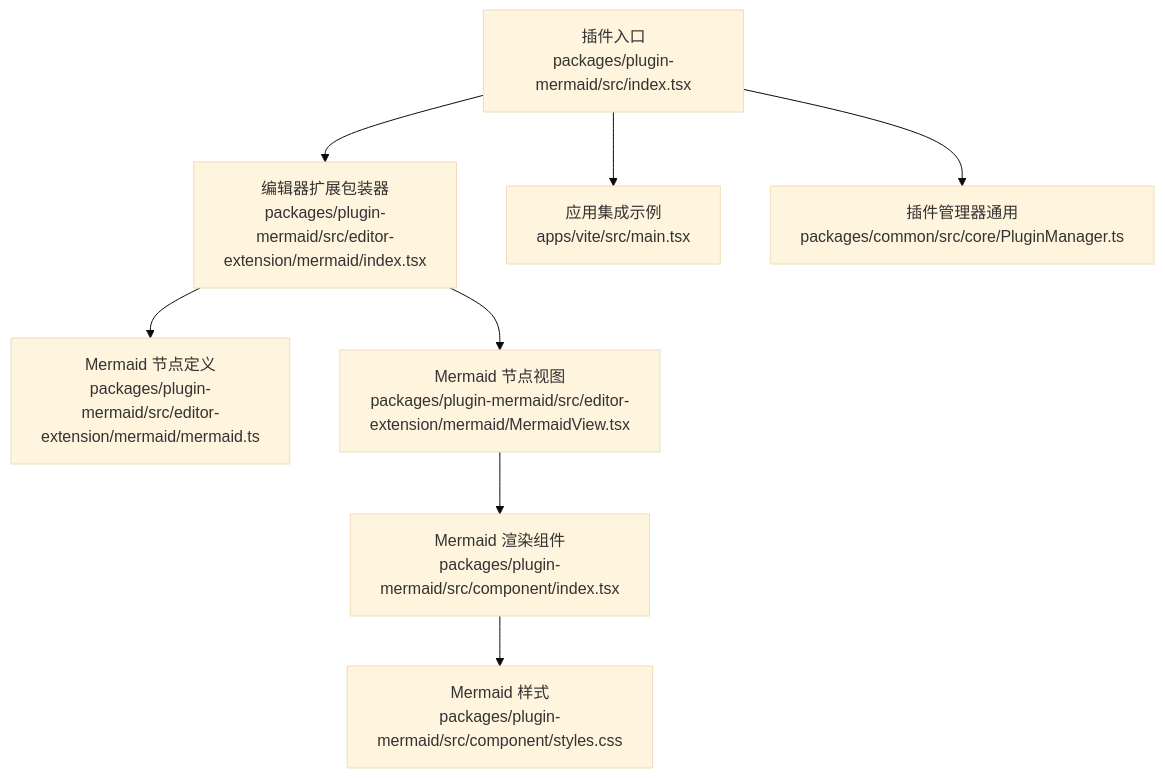
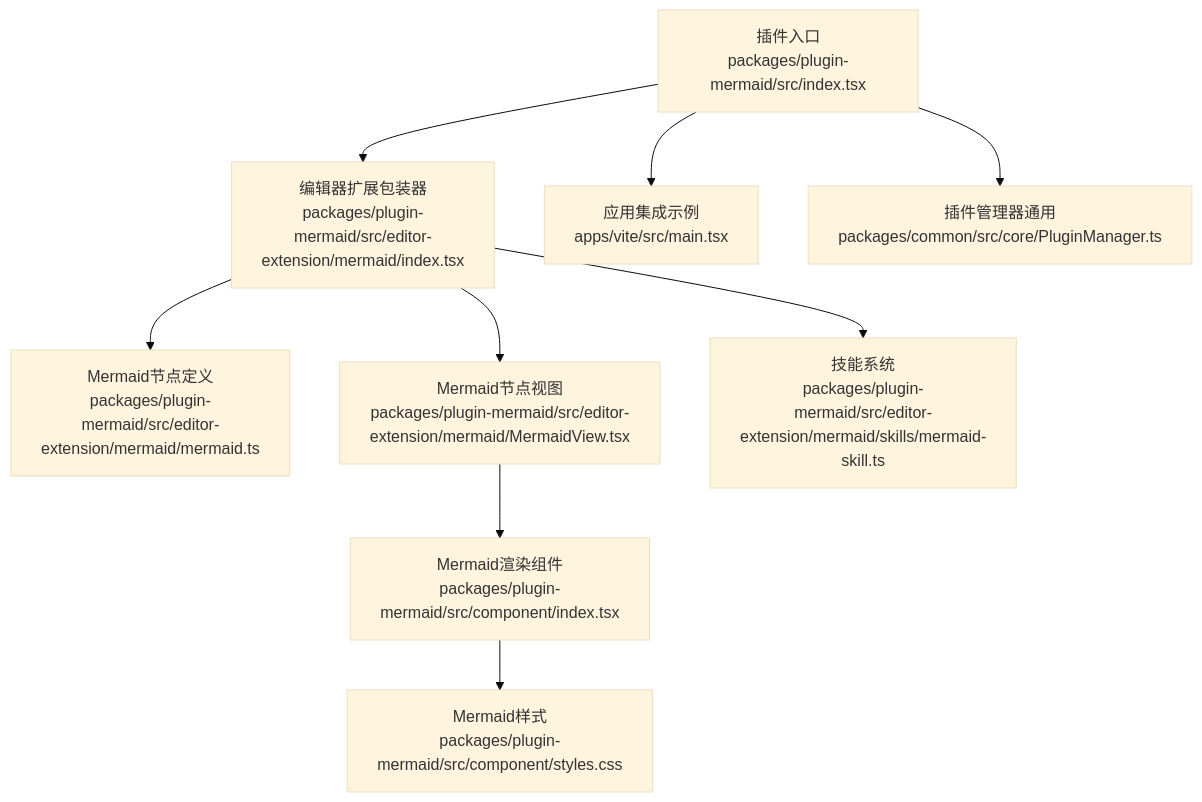
Before and after one commit to LRF0422/Kotion: the first of 8 diagrams in .qoder/repowiki/zh/content/功能模块/绘图插件/Mermaid图表插件.md, drawn with Mermaid (base theme). The commit also changed other lines of this file and 75 other files, not shown here.

````diff
--- a/.qoder/repowiki/zh/content/功能模块/绘图插件/Mermaid图表插件.md
+++ b/.qoder/repowiki/zh/content/功能模块/绘图插件/Mermaid图表插件.md
@@ -38,10 +50,11 @@
 ```mermaid
 graph TB
 A["插件入口<br/>packages/plugin-mermaid/src/index.tsx"] --> B["编辑器扩展包装器<br/>packages/plugin-mermaid/src/editor-extension/mermaid/index.tsx"]
-B --> C["Mermaid 节点定义<br/>packages/plugin-mermaid/src/editor-extension/mermaid/mermaid.ts"]
-B --> D["Mermaid 节点视图<br/>packages/plugin-mermaid/src/editor-extension/mermaid/MermaidView.tsx"]
-D --> E["Mermaid 渲染组件<br/>packages/plugin-mermaid/src/component/index.tsx"]
-E --> F["Mermaid 样式<br/>packages/plugin-mermaid/src/component/styles.css"]
-A --> G["应用集成示例<br/>apps/vite/src/main.tsx"]
-A --> H["插件管理器通用<br/>packages/common/src/core/PluginManager.ts"]
+B --> C["Mermaid节点定义<br/>packages/plugin-mermaid/src/editor-extension/mermaid/mermaid.ts"]
+B --> D["Mermaid节点视图<br/>packages/plugin-mermaid/src/editor-extension/mermaid/MermaidView.tsx"]
+B --> E["技能系统<br/>packages/plugin-mermaid/src/editor-extension/mermaid/skills/mermaid-skill.ts"]
+D --> F["Mermaid渲染组件<br/>packages/plugin-mermaid/src/component/index.tsx"]
+F --> G["Mermaid样式<br/>packages/plugin-mermaid/src/component/styles.css"]
+A --> H["应用集成示例<br/>apps/vite/src/main.tsx"]
+A --> I["插件管理器通用<br/>packages/common/src/core/PluginManager.ts"]
 ```
````
